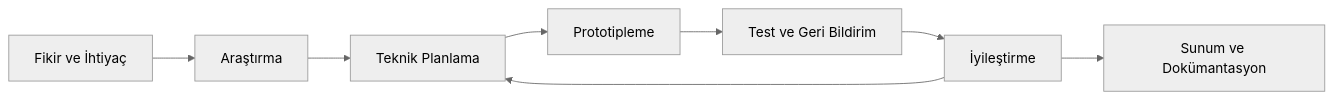
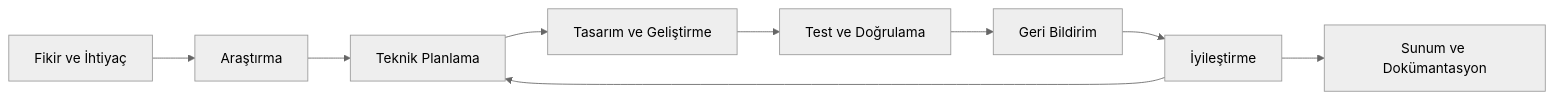
The second of 2 diagrams in TEKNOFESTTEAM.md (TheRottex/VORTEX-YAPAY-ZEKA-ASISTANI), drawn with Mermaid (neutral theme) before and after one commit. The commit also changed other lines of this file, not shown here.

````diff
--- a/TEKNOFESTTEAM.md
+++ b/TEKNOFESTTEAM.md
@@ -73,10 +137,11 @@
 ```mermaid
 flowchart LR
     A[Fikir ve İhtiyaç] --> B[Araştırma]
     B --> C[Teknik Planlama]
-    C --> D[Prototipleme]
-    D --> E[Test ve Geri Bildirim]
-    E --> F[İyileştirme]
-    F --> C
-    F --> G[Sunum ve Dokümantasyon]
+    C --> D[Tasarım ve Geliştirme]
+    D --> E[Test ve Doğrulama]
+    E --> F[Geri Bildirim]
+    F --> G[İyileştirme]
+    G --> C
+    G --> H[Sunum ve Dokümantasyon]
 ```
````
